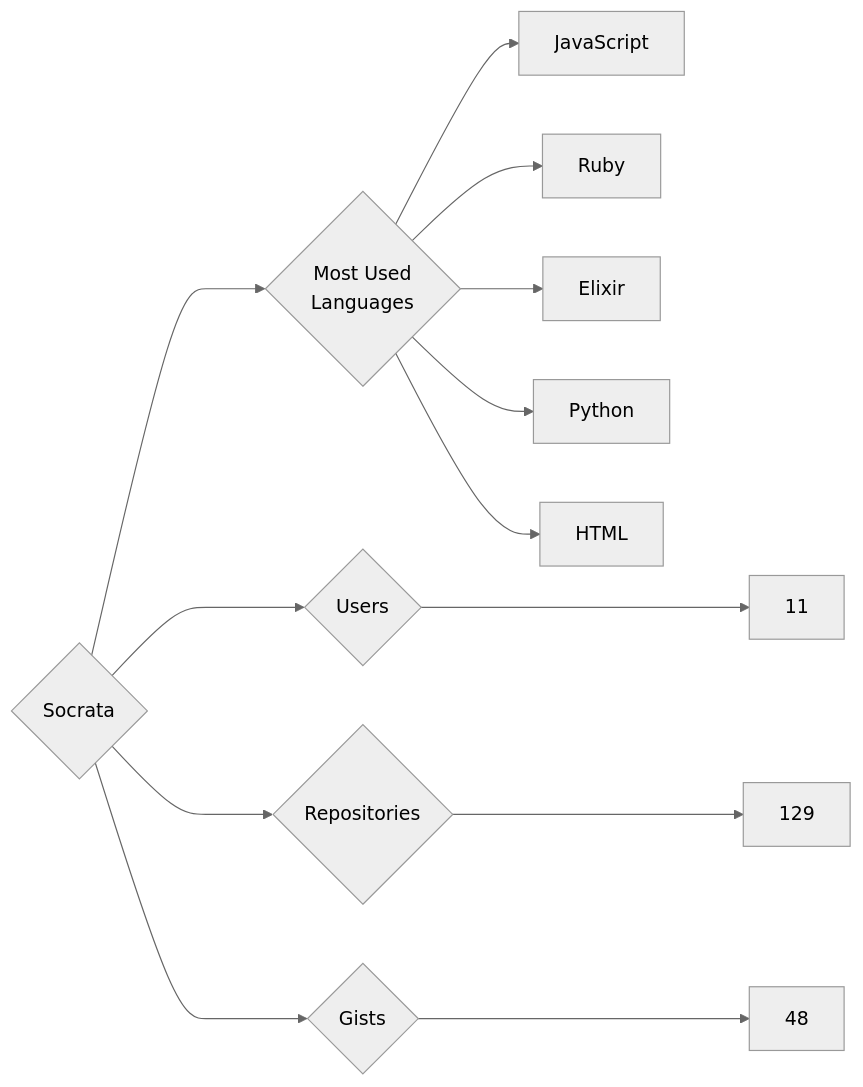
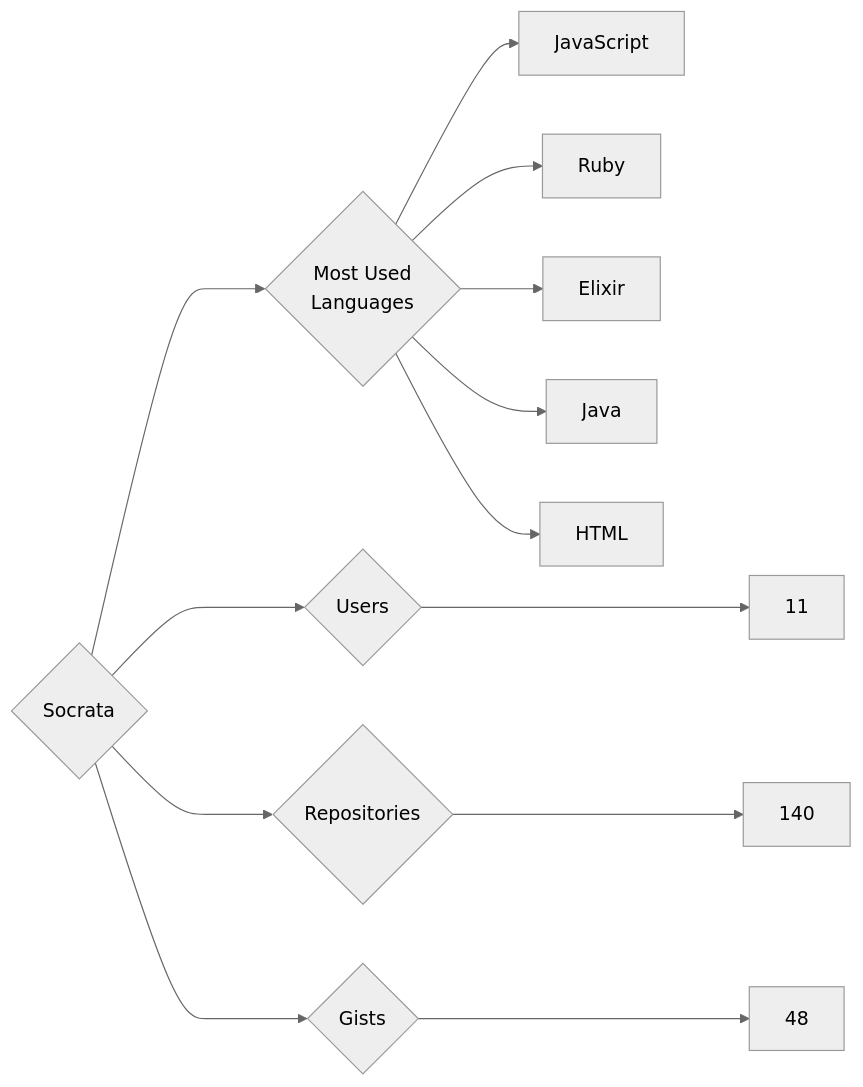
Before and after one commit to trickest/insiders: the diagram in targets/Socrata/README.md, drawn with Mermaid (neutral theme). The commit also changed 1248 other files, not shown here.

````diff
--- a/targets/Socrata/README.md
+++ b/targets/Socrata/README.md
@@ -3,13 +3,13 @@
 ```mermaid
 graph LR
 COMPANY_NAME{Socrata}
 COMPANY_NAME ---> U{Users} ---> UN[11]
-COMPANY_NAME ---> R{Repositories} ---> RN[129]
+COMPANY_NAME ---> R{Repositories} ---> RN[140]
 COMPANY_NAME ---> G{Gists} ---> GN[48]
 COMPANY_NAME ---> ML{Most Used<br>Languages}
 ML --> JavaScript[JavaScript]
 ML --> Ruby[Ruby]
 ML --> Elixir[Elixir]
-ML --> Python[Python]
+ML --> Java[Java]
 ML --> HTML[HTML]
 ```
````
